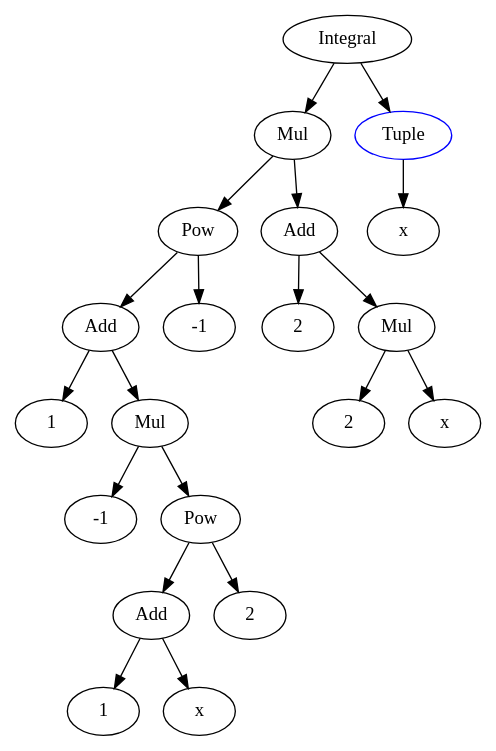
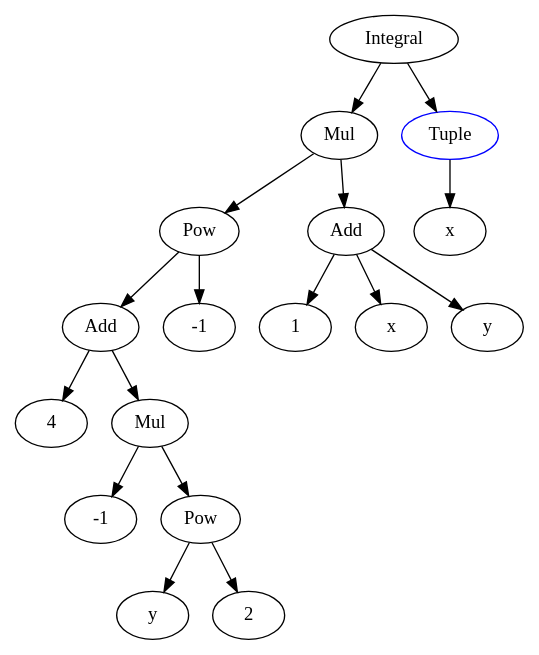
One commit to haraldschilly/python-fuer-mathematiker changed the diagram in doc/res/sympy-int.dot. Above: the diagram before and after it, drawn with Graphviz. The commit also changed 2 other files, not shown here.

Commit message:
3.1: fixing the last integral, much better to just have a fractional one over x and y

```diff
--- a/doc/res/sympy-int.dot
+++ b/doc/res/sympy-int.dot
@@ -1,55 +1,49 @@
 digraph{
 
 # Graph style
 "ordering"="out"
 "rankdir"="TD"
 
 #########
 # Nodes #
 #########
 
-"Integral(Mul(Add(Integer(2), Mul(Integer(2), Symbol(x))), Pow(Add(One(), Mul(NegativeOne(), Pow(Add(One(), Symbol(x)), Integer(2)))), NegativeOne())), Tuple(Symbol(x)))_()" ["color"="black", "label"="Integral", "shape"="ellipse"];
-"Mul(Add(Integer(2), Mul(Integer(2), Symbol(x))), Pow(Add(One(), Mul(NegativeOne(), Pow(Add(One(), Symbol(x)), Integer(2)))), NegativeOne()))_(0,)" ["color"="black", "label"="Mul", "shape"="ellipse"];
-"Pow(Add(One(), Mul(NegativeOne(), Pow(Add(One(), Symbol(x)), Integer(2)))), NegativeOne())_(0, 0)" ["color"="black", "label"="Pow", "shape"="ellipse"];
-"Add(One(), Mul(NegativeOne(), Pow(Add(One(), Symbol(x)), Integer(2))))_(0, 0, 0)" ["color"="black", "label"="Add", "shape"="ellipse"];
-"One()_(0, 0, 0, 0)" ["color"="black", "label"="1", "shape"="ellipse"];
-"Mul(NegativeOne(), Pow(Add(One(), Symbol(x)), Integer(2)))_(0, 0, 0, 1)" ["color"="black", "label"="Mul", "shape"="ellipse"];
+"Integral(Mul(Pow(Add(Integer(4), Mul(NegativeOne(), Pow(Symbol(y), Integer(2)))), NegativeOne()), Add(One(), Symbol(x), Symbol(y))), Tuple(Symbol(x)))_()" ["color"="black", "label"="Integral", "shape"="ellipse"];
+"Mul(Pow(Add(Integer(4), Mul(NegativeOne(), Pow(Symbol(y), Integer(2)))), NegativeOne()), Add(One(), Symbol(x), Symbol(y)))_(0,)" ["color"="black", "label"="Mul", "shape"="ellipse"];
+"Pow(Add(Integer(4), Mul(NegativeOne(), Pow(Symbol(y), Integer(2)))), NegativeOne())_(0, 0)" ["color"="black", "label"="Pow", "shape"="ellipse"];
+"Add(Integer(4), Mul(NegativeOne(), Pow(Symbol(y), Integer(2))))_(0, 0, 0)" ["color"="black", "label"="Add", "shape"="ellipse"];
+"Integer(4)_(0, 0, 0, 0)" ["color"="black", "label"="4", "shape"="ellipse"];
+"Mul(NegativeOne(), Pow(Symbol(y), Integer(2)))_(0, 0, 0, 1)" ["color"="black", "label"="Mul", "shape"="ellipse"];
 "NegativeOne()_(0, 0, 0, 1, 0)" ["color"="black", "label"="-1", "shape"="ellipse"];
-"Pow(Add(One(), Symbol(x)), Integer(2))_(0, 0, 0, 1, 1)" ["color"="black", "label"="Pow", "shape"="ellipse"];
-"Add(One(), Symbol(x))_(0, 0, 0, 1, 1, 0)" ["color"="black", "label"="Add", "shape"="ellipse"];
-"One()_(0, 0, 0, 1, 1, 0, 0)" ["color"="black", "label"="1", "shape"="ellipse"];
-"Symbol(x)_(0, 0, 0, 1, 1, 0, 1)" ["color"="black", "label"="x", "shape"="ellipse"];
+"Pow(Symbol(y), Integer(2))_(0, 0, 0, 1, 1)" ["color"="black", "label"="Pow", "shape"="ellipse"];
+"Symbol(y)_(0, 0, 0, 1, 1, 0)" ["color"="black", "label"="y", "shape"="ellipse"];
 "Integer(2)_(0, 0, 0, 1, 1, 1)" ["color"="black", "label"="2", "shape"="ellipse"];
 "NegativeOne()_(0, 0, 1)" ["color"="black", "label"="-1", "shape"="ellipse"];
-"Add(Integer(2), Mul(Integer(2), Symbol(x)))_(0, 1)" ["color"="black", "label"="Add", "shape"="ellipse"];
-"Integer(2)_(0, 1, 0)" ["color"="black", "label"="2", "shape"="ellipse"];
-"Mul(Integer(2), Symbol(x))_(0, 1, 1)" ["color"="black", "label"="Mul", "shape"="ellipse"];
-"Integer(2)_(0, 1, 1, 0)" ["color"="black", "label"="2", "shape"="ellipse"];
-"Symbol(x)_(0, 1, 1, 1)" ["color"="black", "label"="x", "shape"="ellipse"];
+"Add(One(), Symbol(x), Symbol(y))_(0, 1)" ["color"="black", "label"="Add", "shape"="ellipse"];
+"One()_(0, 1, 0)" ["color"="black", "label"="1", "shape"="ellipse"];
+"Symbol(x)_(0, 1, 1)" ["color"="black", "label"="x", "shape"="ellipse"];
+"Symbol(y)_(0, 1, 2)" ["color"="black", "label"="y", "shape"="ellipse"];
 "Tuple(Symbol(x))_(1,)" ["color"="blue", "label"="Tuple", "shape"="ellipse"];
 "Symbol(x)_(1, 0)" ["color"="black", "label"="x", "shape"="ellipse"];
 
 #########
 # Edges #
 #########
 
-"Integral(Mul(Add(Integer(2), Mul(Integer(2), Symbol(x))), Pow(Add(One(), Mul(NegativeOne(), Pow(Add(One(), Symbol(x)), Integer(2)))), NegativeOne())), Tuple(Symbol(x)))_()" -> "Mul(Add(Integer(2), Mul(Integer(2), Symbol(x))), Pow(Add(One(), Mul(NegativeOne(), Pow(Add(One(), Symbol(x)), Integer(2)))), NegativeOne()))_(0,)";
-"Integral(Mul(Add(Integer(2), Mul(Integer(2), Symbol(x))), Pow(Add(One(), Mul(NegativeOne(), Pow(Add(One(), Symbol(x)), Integer(2)))), NegativeOne())), Tuple(Symbol(x)))_()" -> "Tuple(Symbol(x))_(1,)";
-"Mul(Add(Integer(2), Mul(Integer(2), Symbol(x))), Pow(Add(One(), Mul(NegativeOne(), Pow(Add(One(), Symbol(x)), Integer(2)))), NegativeOne()))_(0,)" -> "Pow(Add(One(), Mul(NegativeOne(), Pow(Add(One(), Symbol(x)), Integer(2)))), NegativeOne())_(0, 0)";
-"Mul(Add(Integer(2), Mul(Integer(2), Symbol(x))), Pow(Add(One(), Mul(NegativeOne(), Pow(Add(One(), Symbol(x)), Integer(2)))), NegativeOne()))_(0,)" -> "Add(Integer(2), Mul(Integer(2), Symbol(x)))_(0, 1)";
-"Pow(Add(One(), Mul(NegativeOne(), Pow(Add(One(), Symbol(x)), Integer(2)))), NegativeOne())_(0, 0)" -> "Add(One(), Mul(NegativeOne(), Pow(Add(One(), Symbol(x)), Integer(2))))_(0, 0, 0)";
-"Pow(Add(One(), Mul(NegativeOne(), Pow(Add(One(), Symbol(x)), Integer(2)))), NegativeOne())_(0, 0)" -> "NegativeOne()_(0, 0, 1)";
-"Add(One(), Mul(NegativeOne(), Pow(Add(One(), Symbol(x)), Integer(2))))_(0, 0, 0)" -> "One()_(0, 0, 0, 0)";
-"Add(One(), Mul(NegativeOne(), Pow(Add(One(), Symbol(x)), Integer(2))))_(0, 0, 0)" -> "Mul(NegativeOne(), Pow(Add(One(), Symbol(x)), Integer(2)))_(0, 0, 0, 1)";
-"Mul(NegativeOne(), Pow(Add(One(), Symbol(x)), Integer(2)))_(0, 0, 0, 1)" -> "NegativeOne()_(0, 0, 0, 1, 0)";
-"Mul(NegativeOne(), Pow(Add(One(), Symbol(x)), Integer(2)))_(0, 0, 0, 1)" -> "Pow(Add(One(), Symbol(x)), Integer(2))_(0, 0, 0, 1, 1)";
-"Pow(Add(One(), Symbol(x)), Integer(2))_(0, 0, 0, 1, 1)" -> "Add(One(), Symbol(x))_(0, 0, 0, 1, 1, 0)";
-"Pow(Add(One(), Symbol(x)), Integer(2))_(0, 0, 0, 1, 1)" -> "Integer(2)_(0, 0, 0, 1, 1, 1)";
-"Add(One(), Symbol(x))_(0, 0, 0, 1, 1, 0)" -> "One()_(0, 0, 0, 1, 1, 0, 0)";
-"Add(One(), Symbol(x))_(0, 0, 0, 1, 1, 0)" -> "Symbol(x)_(0, 0, 0, 1, 1, 0, 1)";
-"Add(Integer(2), Mul(Integer(2), Symbol(x)))_(0, 1)" -> "Integer(2)_(0, 1, 0)";
-"Add(Integer(2), Mul(Integer(2), Symbol(x)))_(0, 1)" -> "Mul(Integer(2), Symbol(x))_(0, 1, 1)";
-"Mul(Integer(2), Symbol(x))_(0, 1, 1)" -> "Integer(2)_(0, 1, 1, 0)";
-"Mul(Integer(2), Symbol(x))_(0, 1, 1)" -> "Symbol(x)_(0, 1, 1, 1)";
+"Integral(Mul(Pow(Add(Integer(4), Mul(NegativeOne(), Pow(Symbol(y), Integer(2)))), NegativeOne()), Add(One(), Symbol(x), Symbol(y))), Tuple(Symbol(x)))_()" -> "Mul(Pow(Add(Integer(4), Mul(NegativeOne(), Pow(Symbol(y), Integer(2)))), NegativeOne()), Add(One(), Symbol(x), Symbol(y)))_(0,)";
+"Integral(Mul(Pow(Add(Integer(4), Mul(NegativeOne(), Pow(Symbol(y), Integer(2)))), NegativeOne()), Add(One(), Symbol(x), Symbol(y))), Tuple(Symbol(x)))_()" -> "Tuple(Symbol(x))_(1,)";
+"Mul(Pow(Add(Integer(4), Mul(NegativeOne(), Pow(Symbol(y), Integer(2)))), NegativeOne()), Add(One(), Symbol(x), Symbol(y)))_(0,)" -> "Pow(Add(Integer(4), Mul(NegativeOne(), Pow(Symbol(y), Integer(2)))), NegativeOne())_(0, 0)";
+"Mul(Pow(Add(Integer(4), Mul(NegativeOne(), Pow(Symbol(y), Integer(2)))), NegativeOne()), Add(One(), Symbol(x), Symbol(y)))_(0,)" -> "Add(One(), Symbol(x), Symbol(y))_(0, 1)";
+"Pow(Add(Integer(4), Mul(NegativeOne(), Pow(Symbol(y), Integer(2)))), NegativeOne())_(0, 0)" -> "Add(Integer(4), Mul(NegativeOne(), Pow(Symbol(y), Integer(2))))_(0, 0, 0)";
+"Pow(Add(Integer(4), Mul(NegativeOne(), Pow(Symbol(y), Integer(2)))), NegativeOne())_(0, 0)" -> "NegativeOne()_(0, 0, 1)";
+"Add(Integer(4), Mul(NegativeOne(), Pow(Symbol(y), Integer(2))))_(0, 0, 0)" -> "Integer(4)_(0, 0, 0, 0)";
+"Add(Integer(4), Mul(NegativeOne(), Pow(Symbol(y), Integer(2))))_(0, 0, 0)" -> "Mul(NegativeOne(), Pow(Symbol(y), Integer(2)))_(0, 0, 0, 1)";
+"Mul(NegativeOne(), Pow(Symbol(y), Integer(2)))_(0, 0, 0, 1)" -> "NegativeOne()_(0, 0, 0, 1, 0)";
+"Mul(NegativeOne(), Pow(Symbol(y), Integer(2)))_(0, 0, 0, 1)" -> "Pow(Symbol(y), Integer(2))_(0, 0, 0, 1, 1)";
+"Pow(Symbol(y), Integer(2))_(0, 0, 0, 1, 1)" -> "Symbol(y)_(0, 0, 0, 1, 1, 0)";
+"Pow(Symbol(y), Integer(2))_(0, 0, 0, 1, 1)" -> "Integer(2)_(0, 0, 0, 1, 1, 1)";
+"Add(One(), Symbol(x), Symbol(y))_(0, 1)" -> "One()_(0, 1, 0)";
+"Add(One(), Symbol(x), Symbol(y))_(0, 1)" -> "Symbol(x)_(0, 1, 1)";
+"Add(One(), Symbol(x), Symbol(y))_(0, 1)" -> "Symbol(y)_(0, 1, 2)";
 "Tuple(Symbol(x))_(1,)" -> "Symbol(x)_(1, 0)";
 }
```
